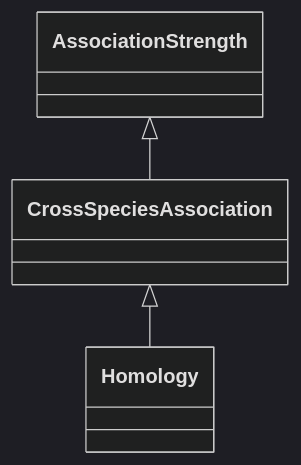
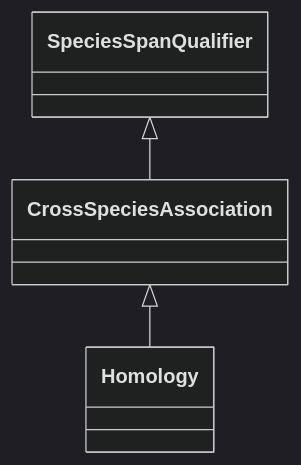
One commit to KnetMiner/knetminer-schemas changed the diagram in semantic-motif-taxonomy/knet-motif-categories-doc/CrossSpeciesAssociation.md. Above: the diagram before and after it, drawn with Mermaid (dark theme). The commit also changed other lines of this file and 59 other files, not shown here.

````diff
--- a/semantic-motif-taxonomy/knet-motif-categories-doc/CrossSpeciesAssociation.md
+++ b/semantic-motif-taxonomy/knet-motif-categories-doc/CrossSpeciesAssociation.md
@@ -25,14 +23,14 @@
 ```mermaid
  classDiagram
     class CrossSpeciesAssociation
     click CrossSpeciesAssociation href "../CrossSpeciesAssociation"
-      AssociationStrength <|-- CrossSpeciesAssociation
-        click AssociationStrength href "../AssociationStrength"
+      SpeciesSpanQualifier <|-- CrossSpeciesAssociation
+        click SpeciesSpanQualifier href "../SpeciesSpanQualifier"
       
 
       CrossSpeciesAssociation <|-- Homology
         click Homology href "../Homology"
       
       
       
 ```
````
